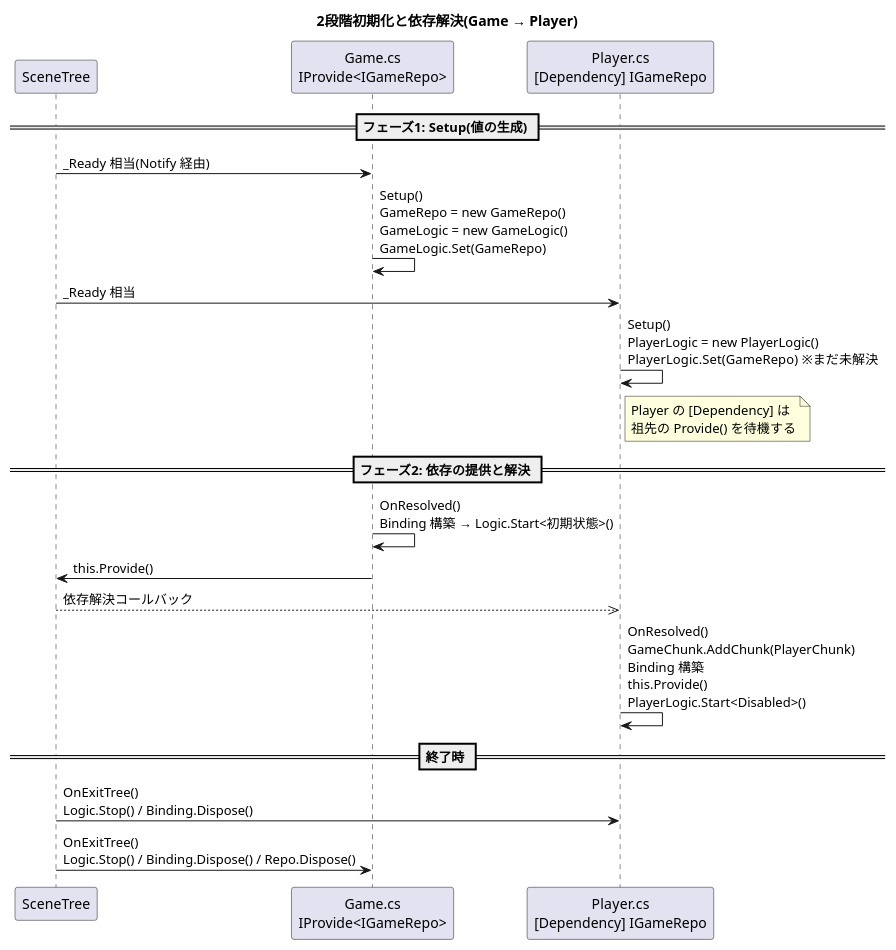
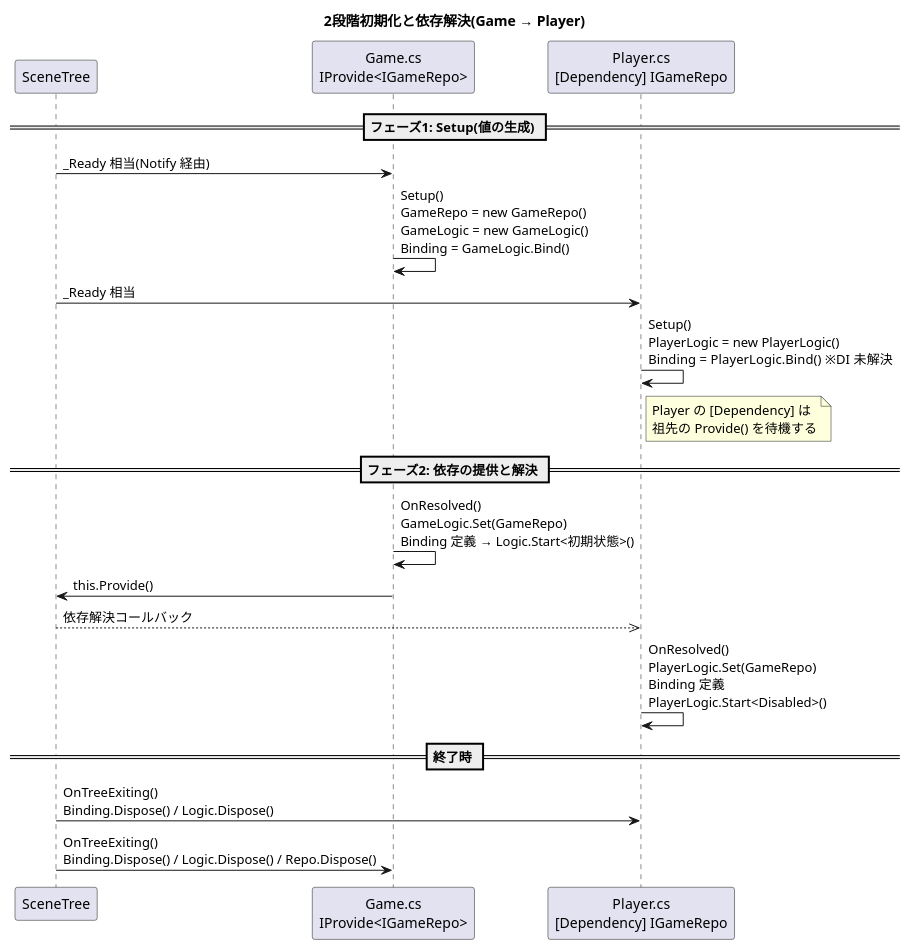
The fourth of 5 diagrams in docs/ARCHITECTURE_REFERENCE.md (Ygoat/EternalJourney), drawn with PlantUML before and after one commit. The commit also changed other lines of this file and 9 other files, not shown here.

````diff
--- a/docs/ARCHITECTURE_REFERENCE.md
+++ b/docs/ARCHITECTURE_REFERENCE.md
@@ -241,29 +227,29 @@
 ```plantuml
 @startuml
 title 2段階初期化と依存解決(Game → Player)
 
 participant Tree as "SceneTree"
 participant Game as "Game.cs\nIProvide<IGameRepo>"
 participant Player as "Player.cs\n[Dependency] IGameRepo"
 
 == フェーズ1: Setup(値の生成) ==
 Tree -> Game : _Ready 相当(Notify 経由)
-Game -> Game : Setup()\nGameRepo = new GameRepo()\nGameLogic = new GameLogic()\nGameLogic.Set(GameRepo)
+Game -> Game : Setup()\nGameRepo = new GameRepo()\nGameLogic = new GameLogic()\nBinding = GameLogic.Bind()
 Tree -> Player : _Ready 相当
-Player -> Player : Setup()\nPlayerLogic = new PlayerLogic()\nPlayerLogic.Set(GameRepo)  ※まだ未解決
+Player -> Player : Setup()\nPlayerLogic = new PlayerLogic()\nBinding = PlayerLogic.Bind()  ※DI 未解決
 note right of Player
   Player の [Dependency] は
   祖先の Provide() を待機する
 end note
 
 == フェーズ2: 依存の提供と解決 ==
-Game -> Game : OnResolved()\nBinding 構築 → Logic.Start<初期状態>()
+Game -> Game : OnResolved()\nGameLogic.Set(GameRepo)\nBinding 定義 → Logic.Start<初期状態>()
 Game -> Tree : this.Provide()
 Tree -->> Player : 依存解決コールバック
-Player -> Player : OnResolved()\nGameChunk.AddChunk(PlayerChunk)\nBinding 構築\nthis.Provide()\nPlayerLogic.Start<Disabled>()
+Player -> Player : OnResolved()\nPlayerLogic.Set(GameRepo)\nBinding 定義\nPlayerLogic.Start<Disabled>()
 
 == 終了時 ==
-Tree -> Player : OnExitTree()\nLogic.Stop() / Binding.Dispose()
-Tree -> Game : OnExitTree()\nLogic.Stop() / Binding.Dispose() / Repo.Dispose()
+Tree -> Player : OnTreeExiting()\nBinding.Dispose() / Logic.Dispose()
+Tree -> Game : OnTreeExiting()\nBinding.Dispose() / Logic.Dispose() / Repo.Dispose()
 @enduml
 ```
````
